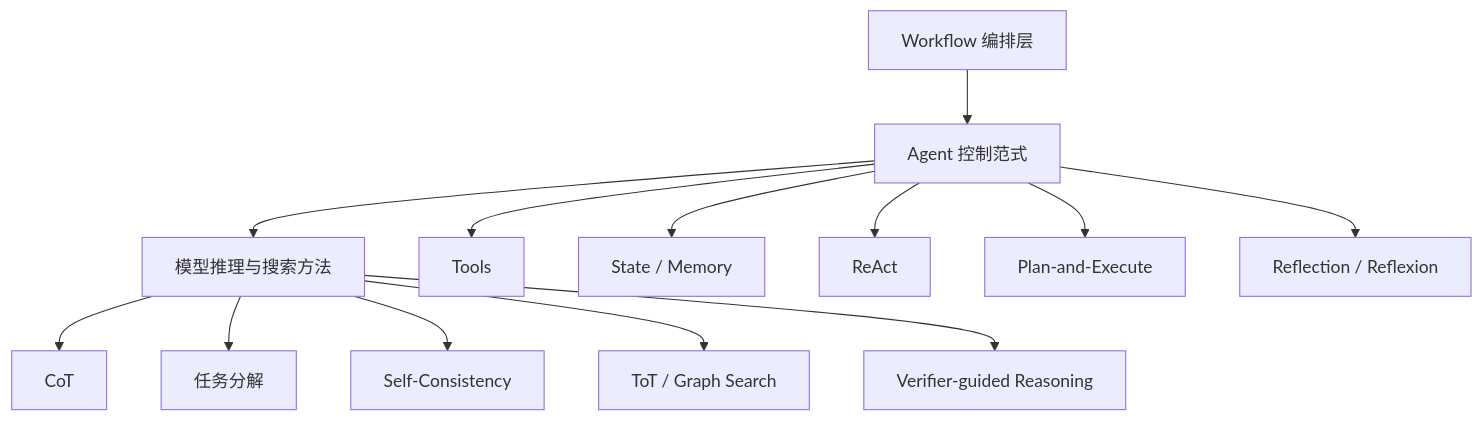
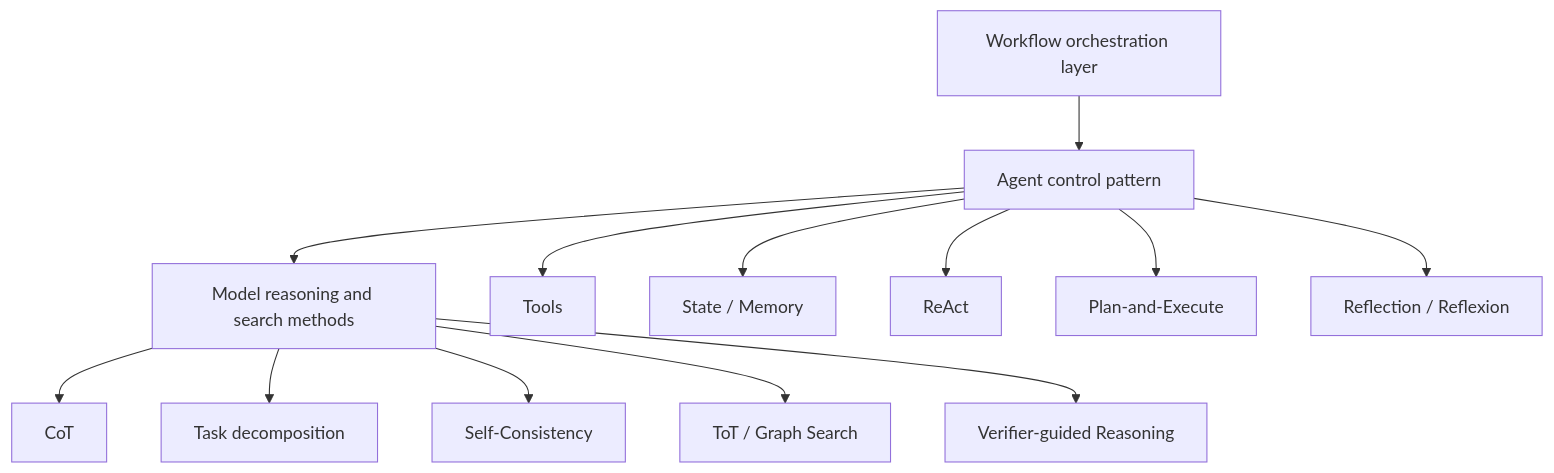
The first of 17 diagrams in docs/agent/02-reasoning-planning/05-agent-reasoning-methods.md (oneleaveknowsthefall/awesome-ai-roadmap), drawn with Mermaid before and after one commit. The commit also changed other lines of this file and 68 other files, not shown here.

````diff
--- a/docs/agent/02-reasoning-planning/05-agent-reasoning-methods.md
+++ b/docs/agent/02-reasoning-planning/05-agent-reasoning-methods.md
@@ -13,17 +13,17 @@
 ```mermaid
 flowchart TB
-    W[Workflow 编排层] --> A[Agent 控制范式]
-    A --> R[模型推理与搜索方法]
+    W[Workflow orchestration layer] --> A[Agent control pattern]
+    A --> R[Model reasoning and search methods]
     A --> T[Tools]
     A --> M[State / Memory]
 
     A --> REACT[ReAct]
     A --> PLAN[Plan-and-Execute]
     A --> REFLEX[Reflection / Reflexion]
 
     R --> COT[CoT]
-    R --> DECOMP[任务分解]
+    R --> DECOMP[Task decomposition]
     R --> SC[Self-Consistency]
     R --> TOT[ToT / Graph Search]
     R --> VER[Verifier-guided Reasoning]
 ```
````
